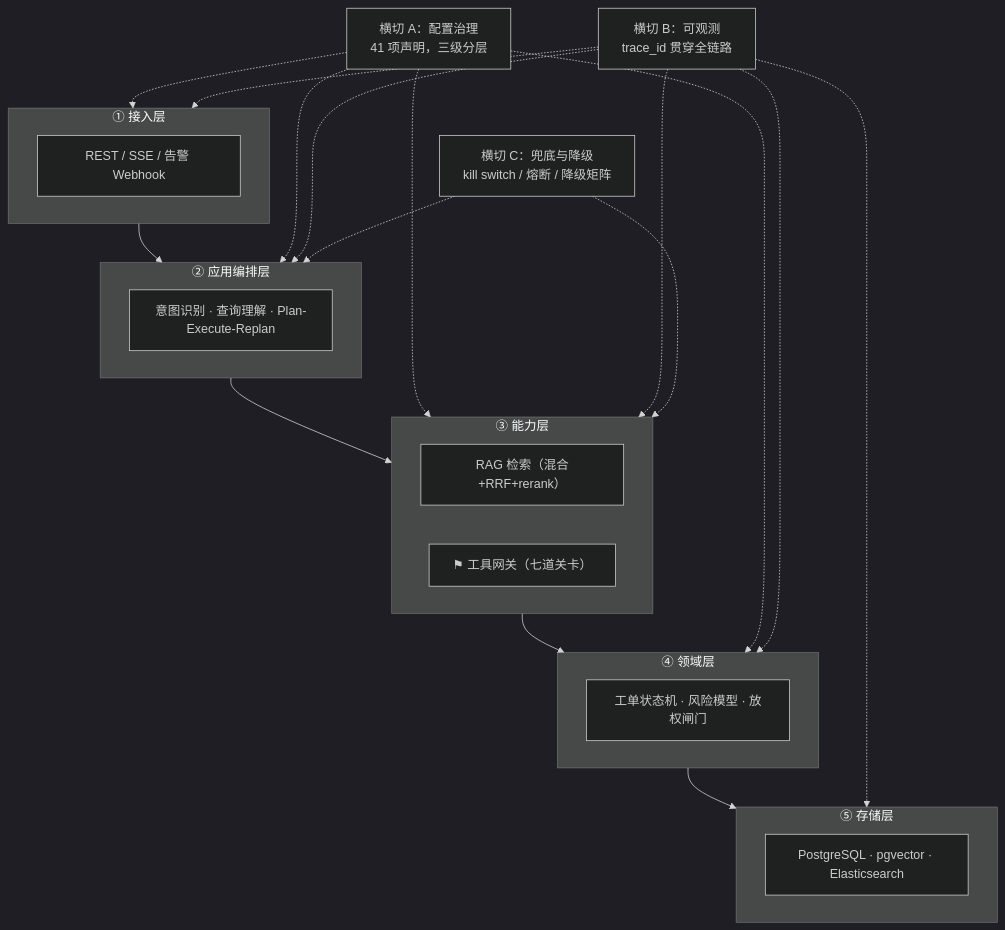
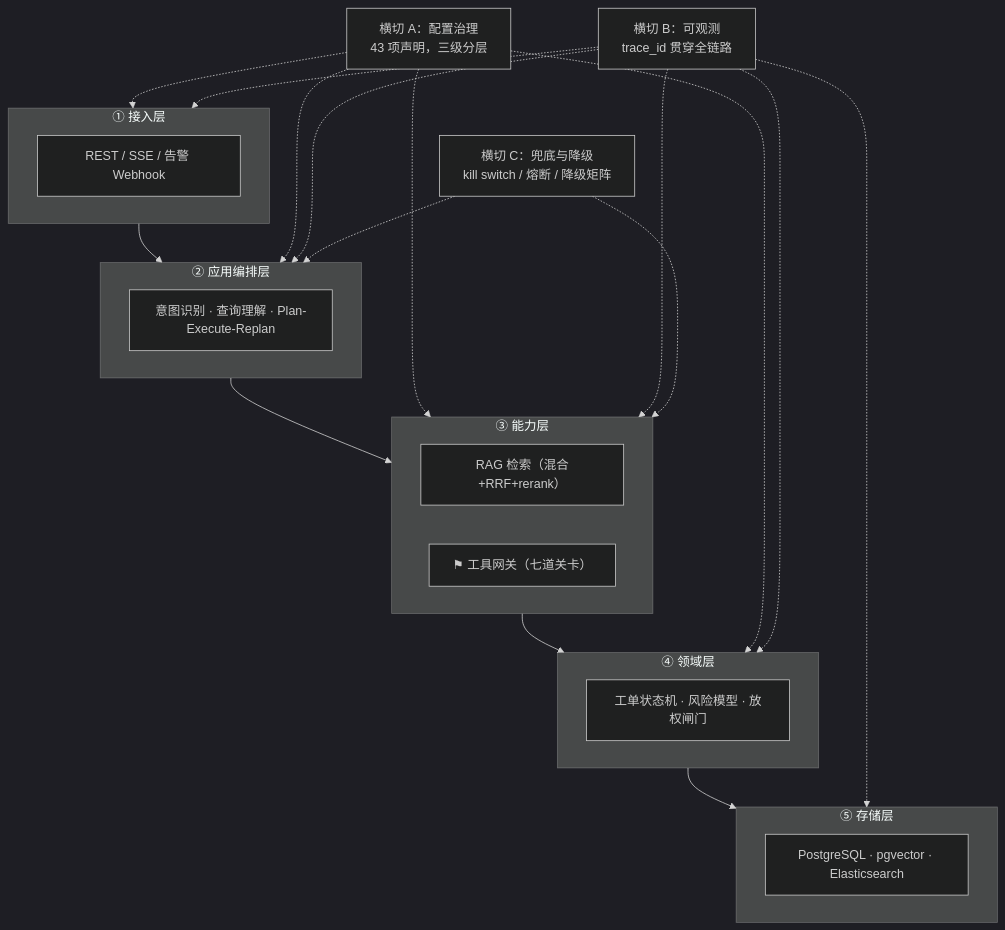
One commit to tough723/-agent- changed the diagram in 项目落地度评估与分层设计.md. Above: the diagram before and after it, drawn with Mermaid (dark theme). The commit also changed other lines of this file and 7 other files, not shown here.

````diff
--- a/项目落地度评估与分层设计.md
+++ b/项目落地度评估与分层设计.md
@@ -97,27 +97,27 @@
 ```mermaid
 flowchart TB
     subgraph L1["① 接入层"]
         A1["REST / SSE / 告警 Webhook"]
     end
     subgraph L2["② 应用编排层"]
         A2["意图识别 · 查询理解 · Plan-Execute-Replan"]
     end
     subgraph L3["③ 能力层"]
         A3["RAG 检索（混合+RRF+rerank）"]
         A4["⚑ 工具网关（七道关卡）"]
     end
     subgraph L4["④ 领域层"]
         A5["工单状态机 · 风险模型 · 放权闸门"]
     end
     subgraph L5["⑤ 存储层"]
         A6["PostgreSQL · pgvector · Elasticsearch"]
     end
-    X1["横切 A：配置治理<br/>41 项声明，三级分层"]
+    X1["横切 A：配置治理<br/>43 项声明，三级分层"]
     X2["横切 B：可观测<br/>trace_id 贯穿全链路"]
     X3["横切 C：兜底与降级<br/>kill switch / 熔断 / 降级矩阵"]
 
     L1 --> L2 --> L3 --> L4 --> L5
     X1 -.-> L1 & L2 & L3 & L4
     X2 -.-> L1 & L2 & L3 & L4 & L5
     X3 -.-> L2 & L3
 ```
````
